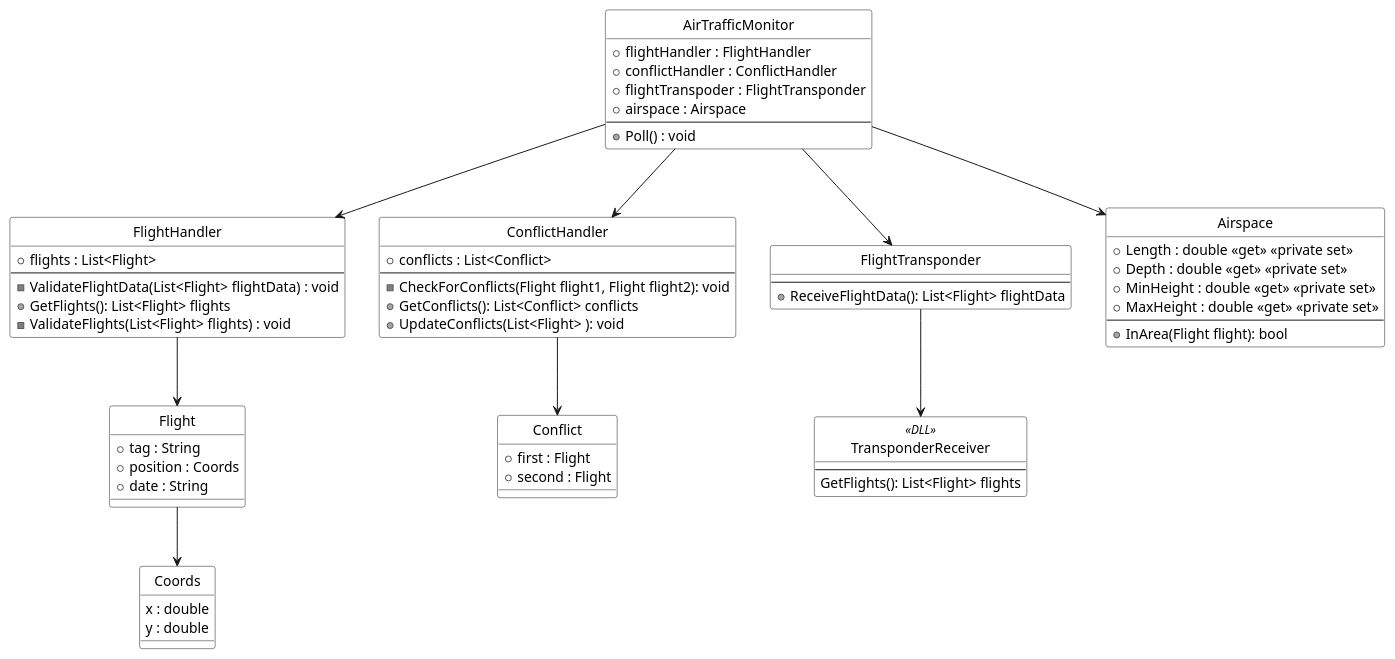
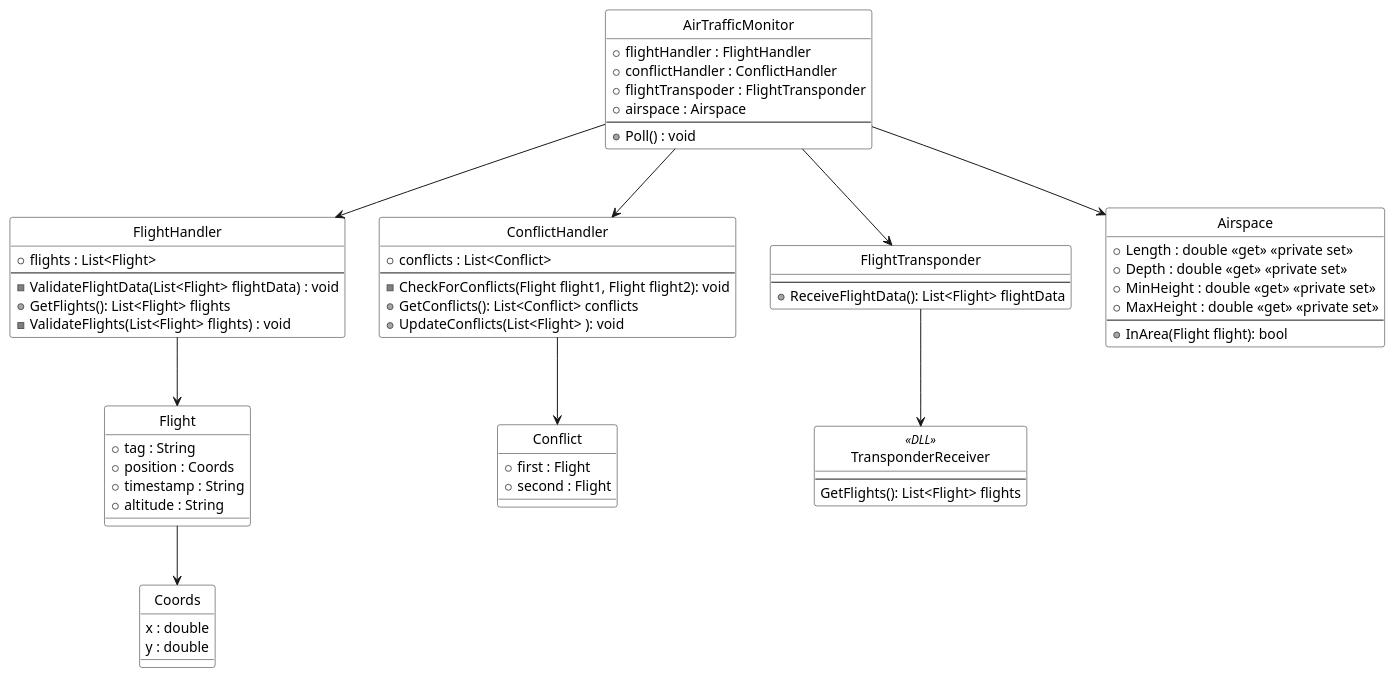
One commit to TeamSWT7/02-AirTrafficMonitoring changed the diagram in class-diagram.plantuml. Above: the diagram before and after it, drawn with PlantUML.

Commit message:
Altitude : string to flight added

```diff
--- a/class-diagram.plantuml
+++ b/class-diagram.plantuml
@@ -1,78 +1,79 @@
 @startuml
 
 skinparam shadowing false
 skinparam monochrome true
 skinparam backgroundColor transparent
 skinparam classBackgroundColor transparent
 skinparam style strictuml
 
 class Coords {
     x : double
     y : double
 }
 
 class AirTrafficMonitor {
     + flightHandler : FlightHandler
     + conflictHandler : ConflictHandler
     + flightTranspoder : FlightTransponder
     + airspace : Airspace
     --
     + Poll() : void
 }
 AirTrafficMonitor --> FlightHandler
 AirTrafficMonitor --> ConflictHandler
 AirTrafficMonitor --> FlightTransponder
 AirTrafficMonitor --> Airspace
 
 class Airspace {
     + Length : double <<get>> <<private set>>
     + Depth : double <<get>> <<private set>>
     + MinHeight : double <<get>> <<private set>>
     + MaxHeight : double <<get>> <<private set>>
     --
     + InArea(Flight flight): bool
 }
 
 class FlightHandler {
     + flights : List<Flight>
     --
     - ValidateFlightData(List<Flight> flightData) : void
     + GetFlights(): List<Flight> flights
     - ValidateFlights(List<Flight> flights) : void
 }
 FlightHandler --> Flight
 
 class Flight {
     + tag : String
     + position : Coords
-    + date : String
+    + timestamp : String
+    + altitude : String
 
 }
 Flight --> Coords
 
 class FlightTransponder {
     --
     + ReceiveFlightData(): List<Flight> flightData
 }
 FlightTransponder --> TransponderReceiver
 
 class TransponderReceiver<<DLL>> {
     --
     GetFlights(): List<Flight> flights
 }
 
 class ConflictHandler {
     + conflicts : List<Conflict>
     --
     - CheckForConflicts(Flight flight1, Flight flight2): void
     + GetConflicts(): List<Conflict> conflicts
     + UpdateConflicts(List<Flight> ): void
 }
 ConflictHandler --> Conflict
 
 class Conflict {
     + first : Flight
     + second : Flight
 }
 
 @enduml
```
